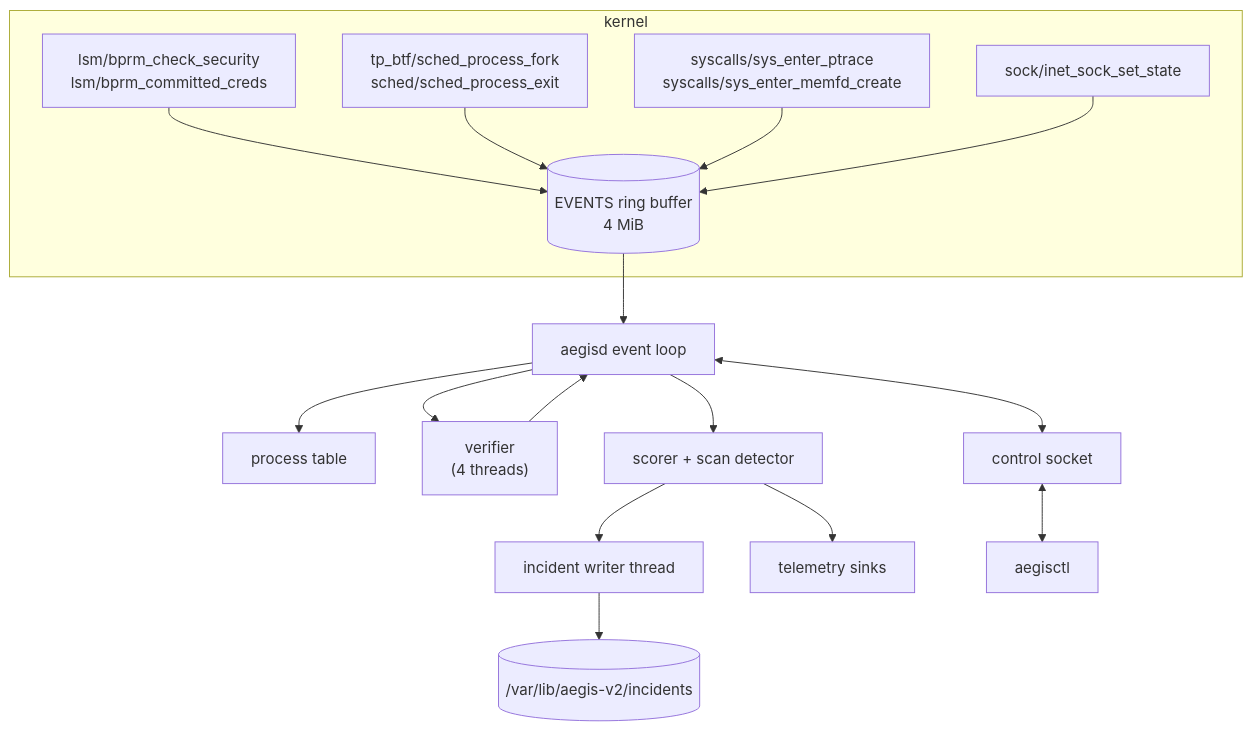
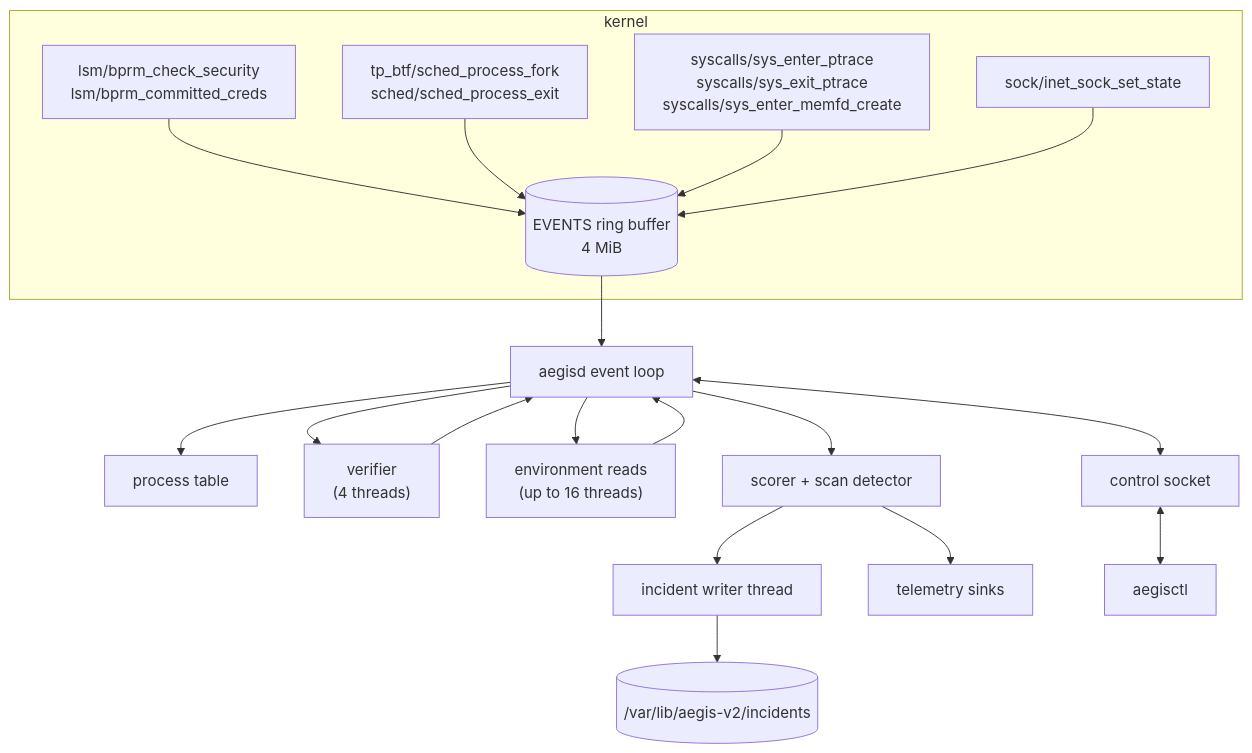
Before and after one commit to jamesconwaydev/aegis-v2: the diagram in docs/architecture.md, drawn with Mermaid. The commit also changed other lines of this file and 13 other files, not shown here.

````diff
--- a/docs/architecture.md
+++ b/docs/architecture.md
@@ -24,21 +24,23 @@
 ```mermaid
 flowchart TD
     subgraph kernel
         E1["lsm/bprm_check_security<br/>lsm/bprm_committed_creds"]
         E2["tp_btf/sched_process_fork<br/>sched/sched_process_exit"]
-        E3["syscalls/sys_enter_ptrace<br/>syscalls/sys_enter_memfd_create"]
+        E3["syscalls/sys_enter_ptrace<br/>syscalls/sys_exit_ptrace<br/>syscalls/sys_enter_memfd_create"]
         E4["sock/inet_sock_set_state"]
         RB[("EVENTS ring buffer<br/>4 MiB")]
         E1 & E2 & E3 & E4 --> RB
     end
     RB --> L["aegisd event loop"]
     L --> PT["process table"]
     L --> V["verifier<br/>(4 threads)"]
     V --> L
+    L --> EN["environment reads<br/>(up to 16 threads)"]
+    EN --> L
     L --> SC["scorer + scan detector"]
     SC --> W["incident writer thread"]
     SC --> TS["telemetry sinks"]
     W --> D[("/var/lib/aegis-v2/incidents")]
     L <--> IPC["control socket"]
     IPC <--> CTL["aegisctl"]
 ```
````
